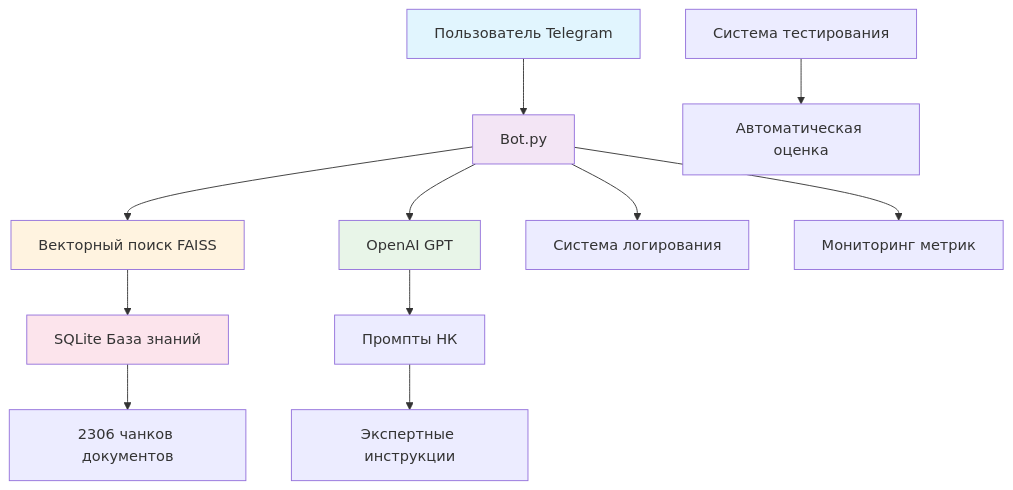
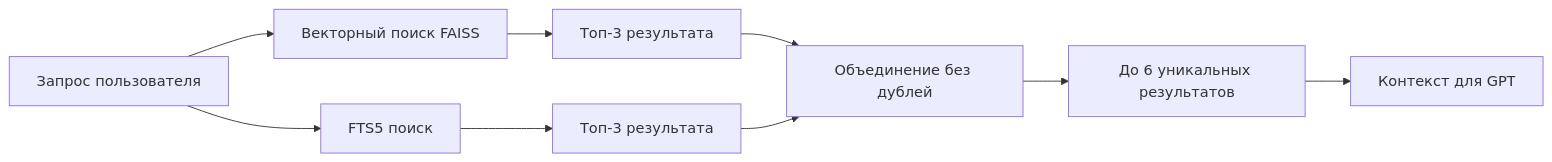
One commit to Evgen-rus/Diagnost_PB changed the diagram in README.md. Above: the diagram before and after it, drawn with Mermaid. The commit also changed other lines of this file and 4 other files, not shown here.

````diff
--- a/README.md
+++ b/README.md
@@ -43,20 +108,11 @@
 ```mermaid
-graph TD
-    A[Пользователь Telegram] --> B[Bot.py]
-    B --> C[Векторный поиск FAISS]
-    B --> D[OpenAI GPT]
-    C --> E[SQLite База знаний]
-    D --> F[Промпты НК]
-    E --> G[2306 чанков документов]
-    F --> H[Экспертные инструкции]
-    B --> I[Система логирования]
-    B --> J[Мониторинг метрик]
-    
-    M[Система тестирования] --> N[Автоматическая оценка]
-    
-    style A fill:#e1f5fe
-    style B fill:#f3e5f5
-    style C fill:#fff3e0
-    style D fill:#e8f5e8
-    style E fill:#fce4ec
+graph LR
+    A[Запрос пользователя] --> B[Векторный поиск FAISS]
+    A --> C[FTS5 поиск]
+    B --> D[Топ-3 результата]
+    C --> E[Топ-3 результата]
+    D --> F[Объединение без дублей]
+    E --> F
+    F --> G[До 6 уникальных результатов]
+    G --> H[Контекст для GPT]
 ```
````
